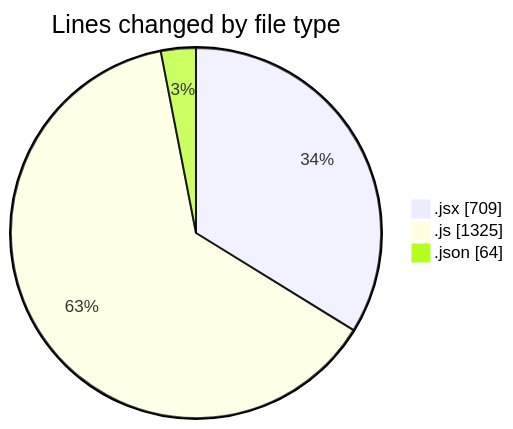
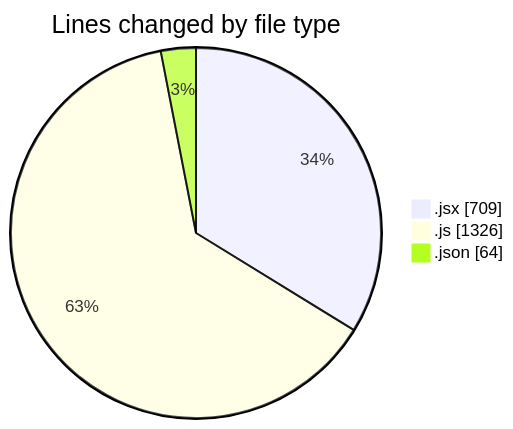
The first of 2 diagrams in 2025-11-05/nxtqube_webapp/README.md (nxtqubesakshisongat/code-tracking), drawn with Mermaid before and after one commit. The commit also changed other lines of this file and 1 other file, not shown here.

````diff
--- a/2025-11-05/nxtqube_webapp/README.md
+++ b/2025-11-05/nxtqube_webapp/README.md
@@ -28,7 +28,7 @@
 ```mermaid
 pie showData
 title Lines changed by file type
 ".jsx" : 709
-".js" : 1325
+".js" : 1326
 ".json" : 64
 ```
````
